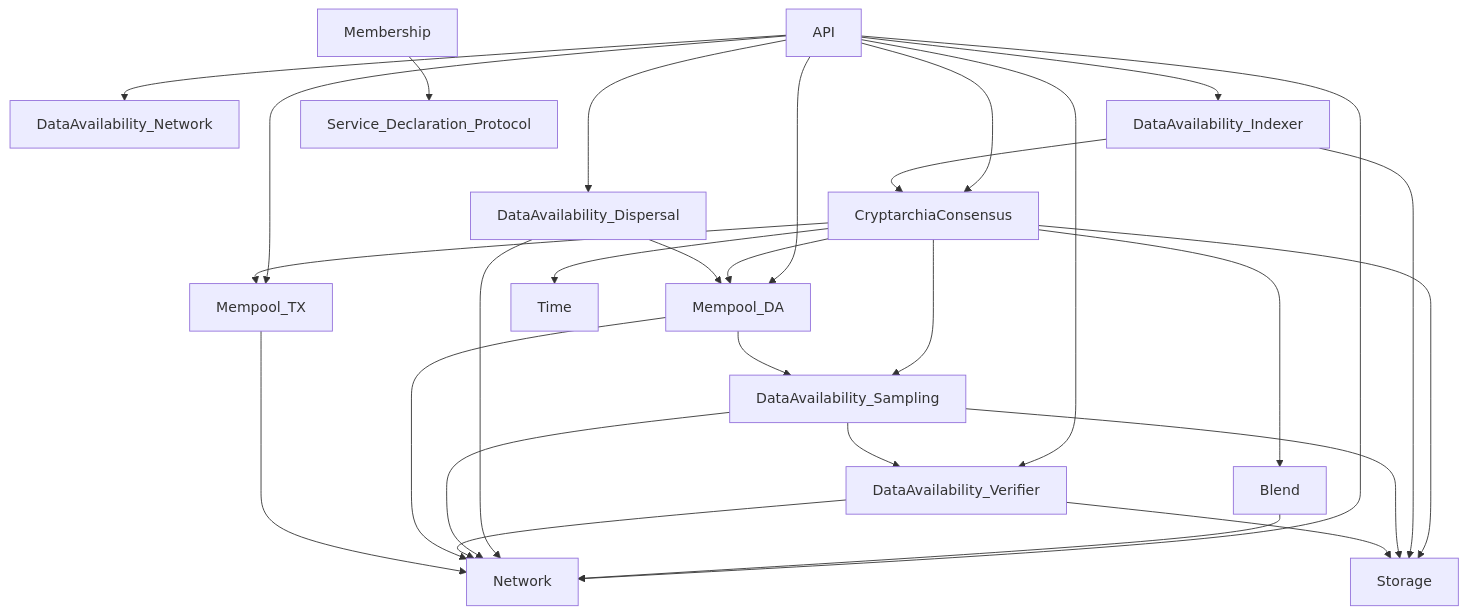
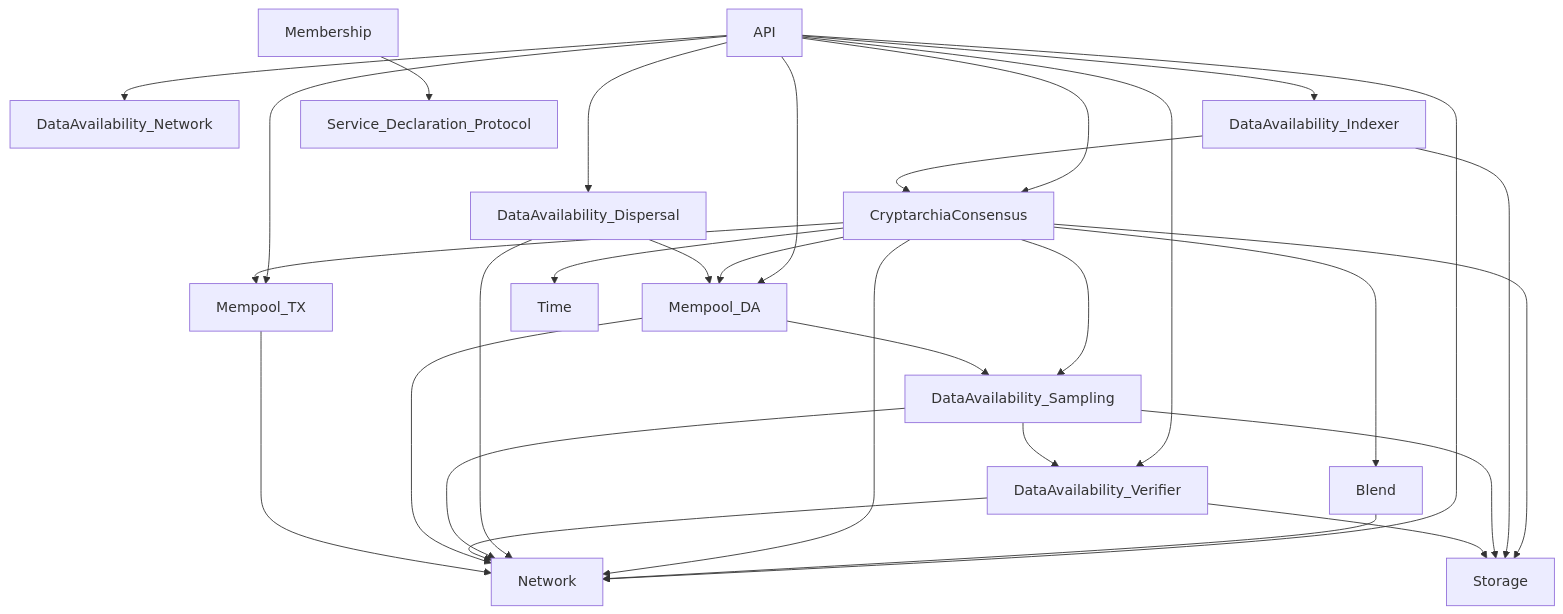
Before and after one commit to logos-co/nomos: the diagram in book/src/architecture/relay-dependencies.md, drawn with Mermaid. The commit also changed other lines of this file and 1 other file, not shown here.

Commit message:
Make Cryptarchia Consensus await readyness.

````diff
--- a/book/src/architecture/relay-dependencies.md
+++ b/book/src/architecture/relay-dependencies.md
@@ -43,40 +43,41 @@
 ```mermaid
 graph TD
   API --> Network
   API --> CryptarchiaConsensus
   API --> DataAvailability_Dispersal
   API --> DataAvailability_Network
   API --> DataAvailability_Indexer
   API --> DataAvailability_Verifier
   API --> Mempool_DA
   API --> Mempool_TX
 
   Blend --> Network
 
+  CryptarchiaConsensus --> Network
   CryptarchiaConsensus --> Blend
   CryptarchiaConsensus --> Mempool_TX
   CryptarchiaConsensus --> Mempool_DA
   CryptarchiaConsensus --> DataAvailability_Sampling
   CryptarchiaConsensus --> Storage
   CryptarchiaConsensus --> Time
 
   DataAvailability_Dispersal --> Network
   DataAvailability_Dispersal --> Mempool_DA
 
   DataAvailability_Indexer --> CryptarchiaConsensus
   DataAvailability_Indexer --> Storage
 
   DataAvailability_Sampling --> Network
   DataAvailability_Sampling --> Storage
   DataAvailability_Sampling --> DataAvailability_Verifier
 
   DataAvailability_Verifier --> Network
   DataAvailability_Verifier --> Storage
 
   Membership --> Service_Declaration_Protocol
 
   Mempool_DA --> Network
   Mempool_DA --> DataAvailability_Sampling
 
   Mempool_TX --> Network
 ```
````
